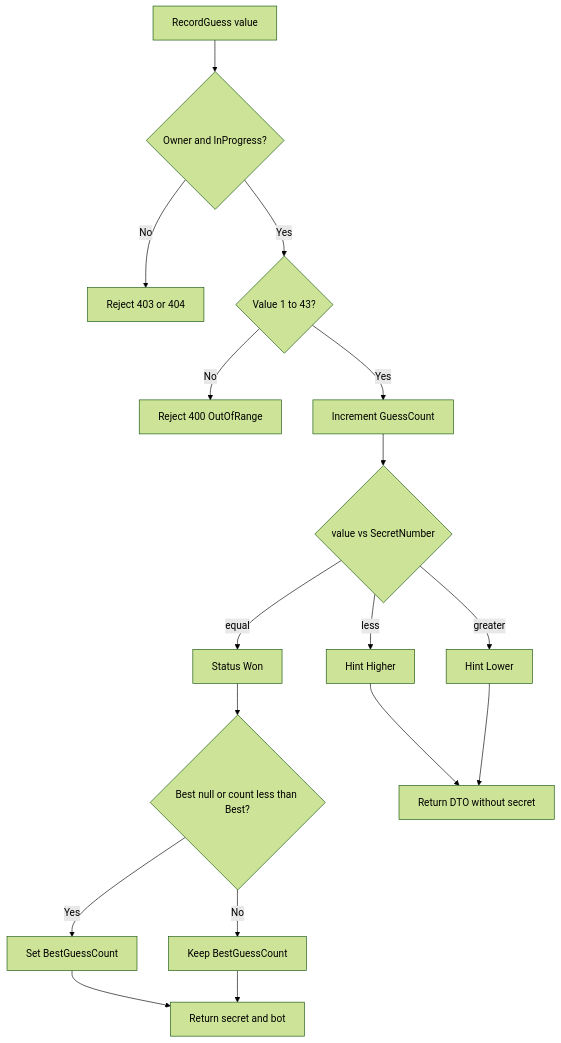
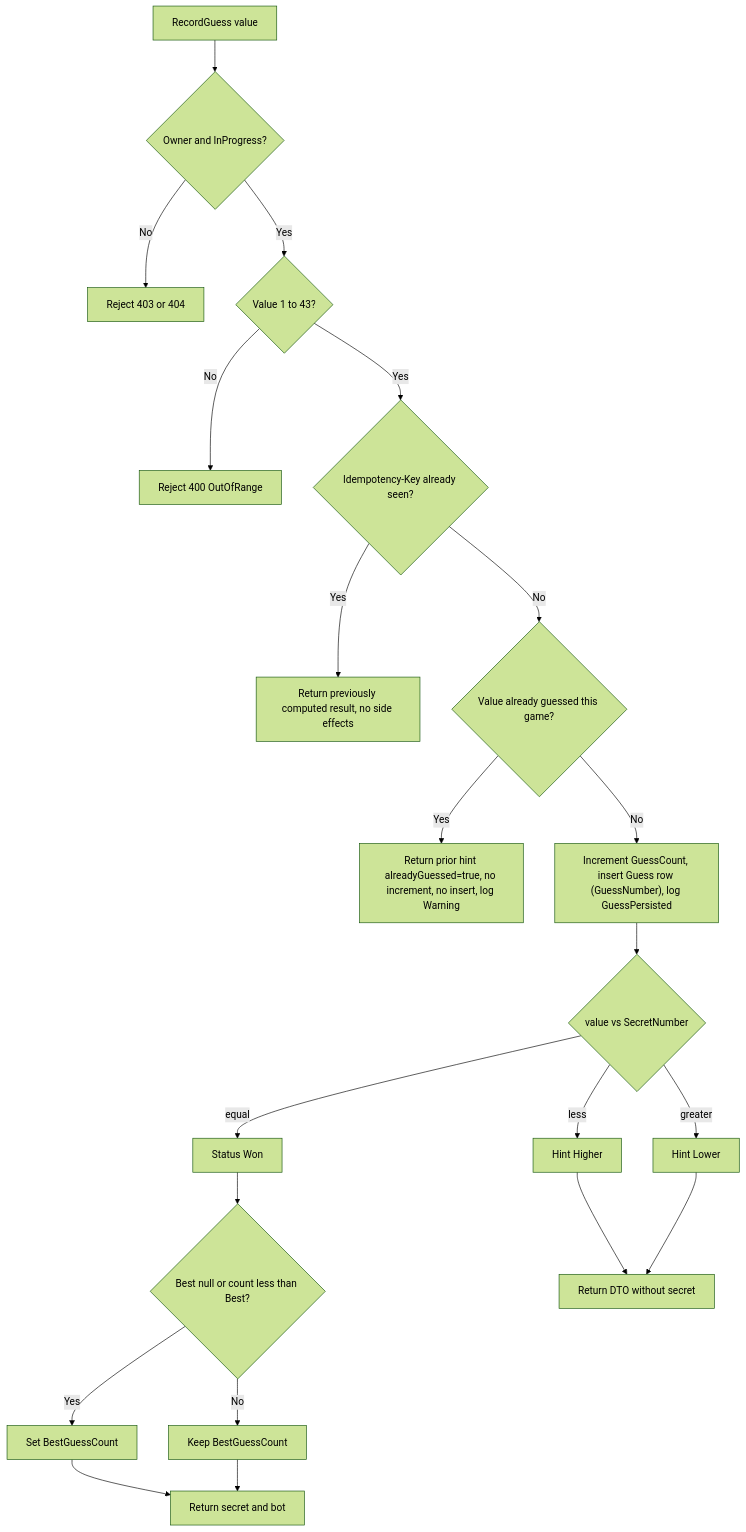
One commit to MostafaMonib/AbpGuessGame changed the tenth of 23 diagrams in DOCUMENTATION.md. Above: the diagram before and after it, drawn with Mermaid (forest theme). The commit also changed other lines of this file and 288 other files, not shown here.

````diff
--- a/DOCUMENTATION.md
+++ b/DOCUMENTATION.md
@@ -470,19 +482,23 @@
 ```mermaid
 flowchart TD
   Start[RecordGuess value] --> Auth{Owner and InProgress?}
   Auth -->|No| FailAuth[Reject 403 or 404]
   Auth -->|Yes| Range{Value 1 to 43?}
   Range -->|No| FailRange[Reject 400 OutOfRange]
-  Range -->|Yes| Inc[Increment GuessCount]
+  Range -->|Yes| Idem{Idempotency-Key already seen?}
+  Idem -->|Yes| Replay[Return previously computed result, no side effects]
+  Idem -->|No| Dup{Value already guessed this game?}
+  Dup -->|Yes| Ignore["Return prior hint alreadyGuessed=true, no increment, no insert, log Warning"]
+  Dup -->|No| Inc["Increment GuessCount, insert Guess row (GuessNumber), log GuessPersisted"]
   Inc --> Cmp{value vs SecretNumber}
   Cmp -->|less| Low[Hint Higher]
   Cmp -->|greater| High[Hint Lower]
   Cmp -->|equal| Win[Status Won]
   Win --> Best{Best null or count less than Best?}
   Best -->|Yes| Upd[Set BestGuessCount]
   Best -->|No| Skip[Keep BestGuessCount]
   Low --> End[Return DTO without secret]
   High --> End
   Upd --> Reveal[Return secret and bot]
   Skip --> Reveal
 ```
````
